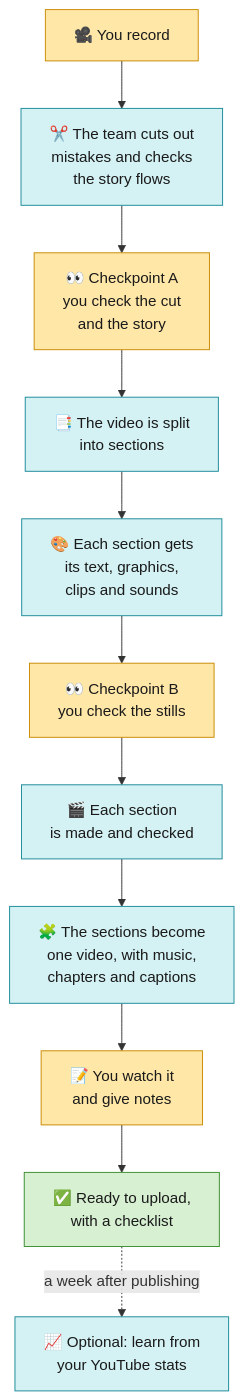
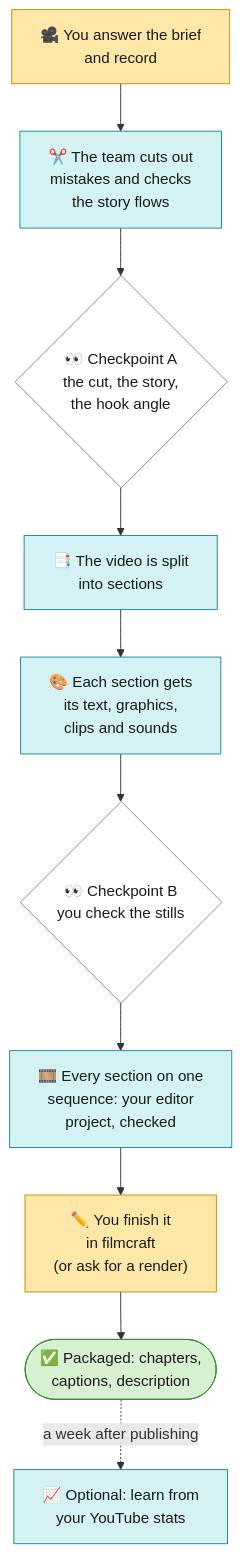
The second of 3 diagrams in Editing-Workflow/longform/README.md (harshilsaini26/Video-Workflow), drawn with Mermaid before and after one commit. The commit also changed other lines of this file and 3 other files, not shown here.

First line of the commit message:
Profile READMEs: the hand-off as the end, where you decide, what each team does now

````diff
--- a/Editing-Workflow/longform/README.md
+++ b/Editing-Workflow/longform/README.md
@@ -119,18 +146,16 @@
 ```mermaid
 flowchart TD
-    A["🎥 You record"]:::you --> B["✂️ The team cuts out<br/>mistakes and checks<br/>the story flows"]:::team
-    B --> C["👀 Checkpoint A<br/>you check the cut<br/>and the story"]:::you
+    A["🎥 You answer the brief<br/>and record"]:::you --> B["✂️ The team cuts out<br/>mistakes and checks<br/>the story flows"]:::team
+    B --> C{"👀 Checkpoint A<br/>the cut, the story,<br/>the hook angle"}:::ask
     C --> D["📑 The video is split<br/>into sections"]:::team
     D --> E["🎨 Each section gets<br/>its text, graphics,<br/>clips and sounds"]:::team
-    E --> F["👀 Checkpoint B<br/>you check the stills"]:::you
-    F --> G["🎬 Each section<br/>is made and checked"]:::team
-    G --> H["🧩 The sections become<br/>one video, with music,<br/>chapters and captions"]:::team
-    H --> I["📝 You watch it<br/>and give notes"]:::you
-    I --> J["✅ Ready to upload,<br/>with a checklist"]:::done
-    J -. "a week after publishing" .-> K["📈 Optional: learn from<br/>your YouTube stats"]:::team
+    E --> F{"👀 Checkpoint B<br/>you check the stills"}:::ask
+    F --> G["🎞️ Every section on one<br/>sequence: your editor<br/>project, checked"]:::team
+    G --> H["✏️ You finish it<br/>in filmcraft<br/>(or ask for a render)"]:::you
+    H --> I(["✅ Packaged: chapters,<br/>captions, description"]):::done
+    I -. "a week after publishing" .-> K["📈 Optional: learn from<br/>your YouTube stats"]:::team
     classDef you fill:#FFE7A8,stroke:#C98A00,color:#1a1a1a
     classDef team fill:#D4F1F4,stroke:#1B8A99,color:#1a1a1a
-    classDef lead fill:#E4DCF7,stroke:#6B4FBB,color:#1a1a1a
     classDef done fill:#D7F0D2,stroke:#3C8D2F,color:#1a1a1a
     classDef ask fill:#FFFFFF,stroke:#888888,color:#1a1a1a
 ```
````
